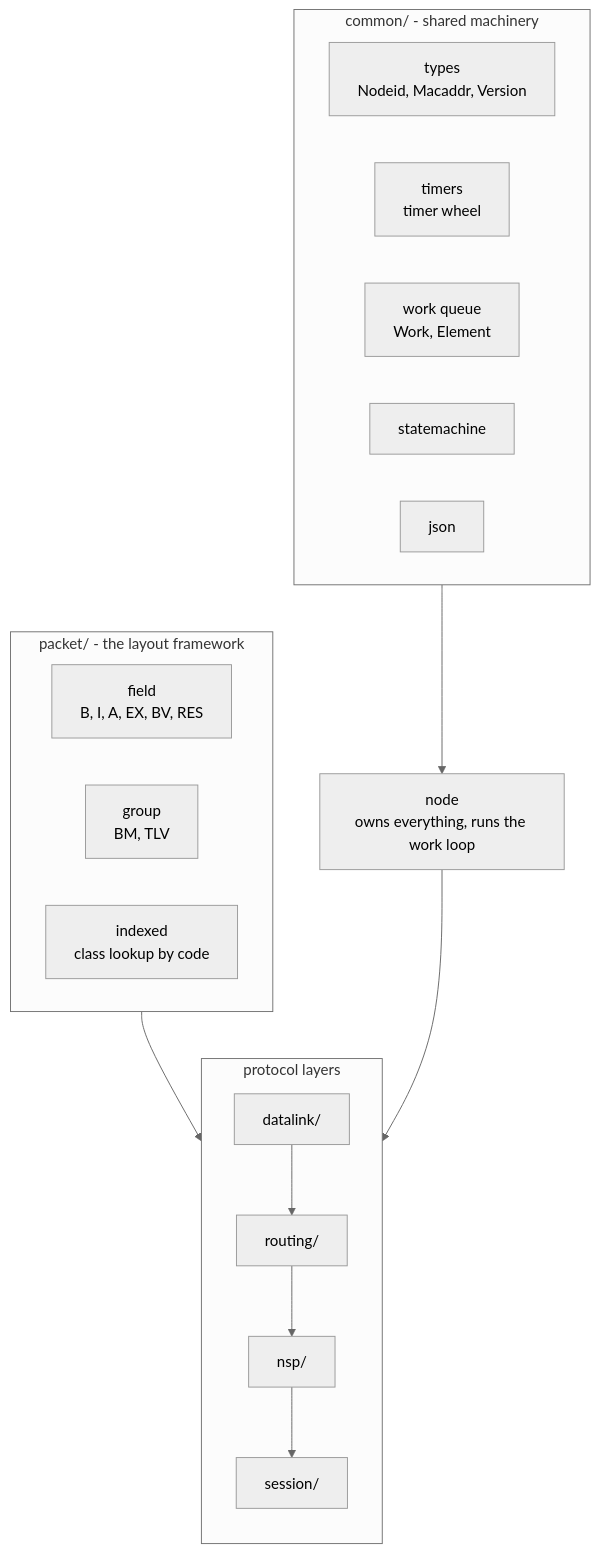
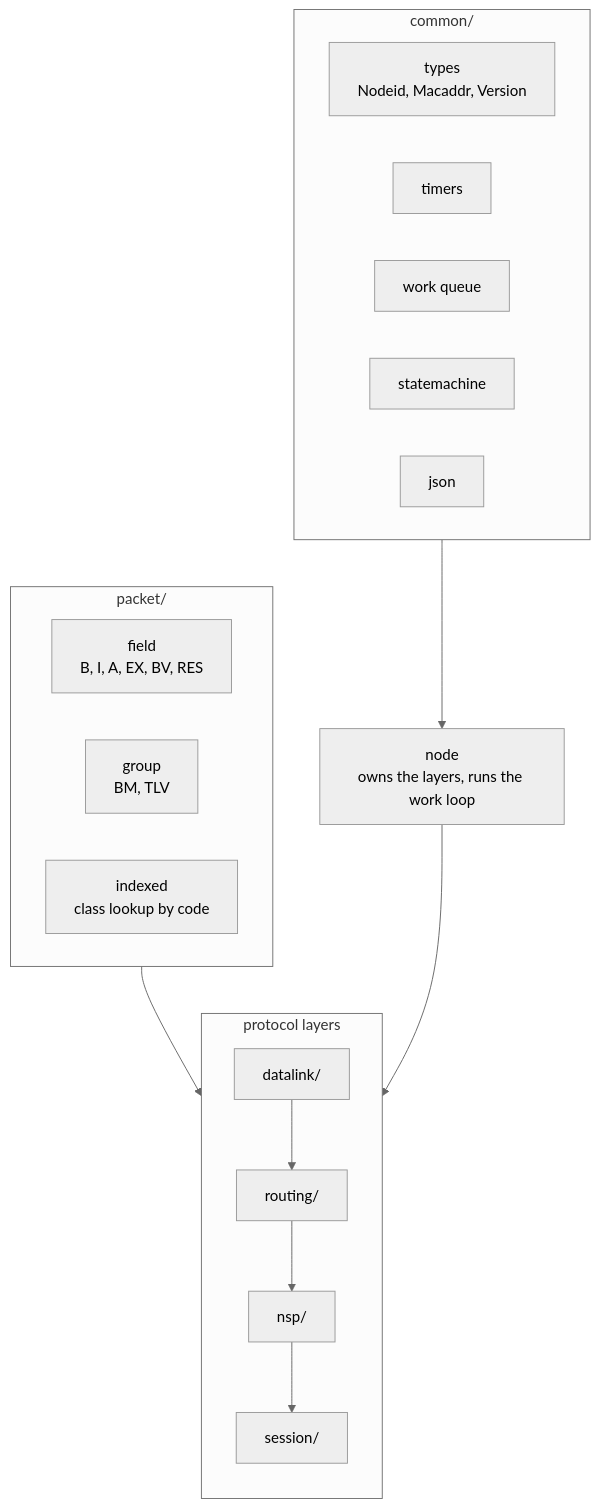
Before and after one commit to RichardPar/cppdecnet: the first of 5 diagrams in PORTING.md, drawn with Mermaid (neutral theme). The commit also changed other lines of this file and 143 other files, not shown here.

````diff
--- a/PORTING.md
+++ b/PORTING.md
@@ -47,33 +13,33 @@
 ```mermaid
 flowchart TB
-    subgraph common ["common/ - shared machinery"]
+    subgraph common ["common/"]
       direction LR
       TYPES["types<br/>Nodeid, Macaddr, Version"]
-      TIME["timers<br/>timer wheel"]
-      WORK["work queue<br/>Work, Element"]
+      TIME["timers"]
+      WORK["work queue"]
       SM["statemachine"]
       JSON["json"]
     end
 
-    subgraph pkt ["packet/ - the layout framework"]
+    subgraph pkt ["packet/"]
       direction LR
       FIELD["field<br/>B, I, A, EX, BV, RES"]
       GROUP["group<br/>BM, TLV"]
       IDX["indexed<br/>class lookup by code"]
     end
 
-    NODE["node<br/>owns everything, runs the work loop"]
+    NODE["node<br/>owns the layers, runs the work loop"]
 
     subgraph layers ["protocol layers"]
       direction TB
       DL["datalink/"]
       RT["routing/"]
       NS["nsp/"]
       SS["session/"]
       DL --> RT --> NS --> SS
     end
 
     common --> NODE
     pkt --> layers
     NODE --> layers
 ```
````
